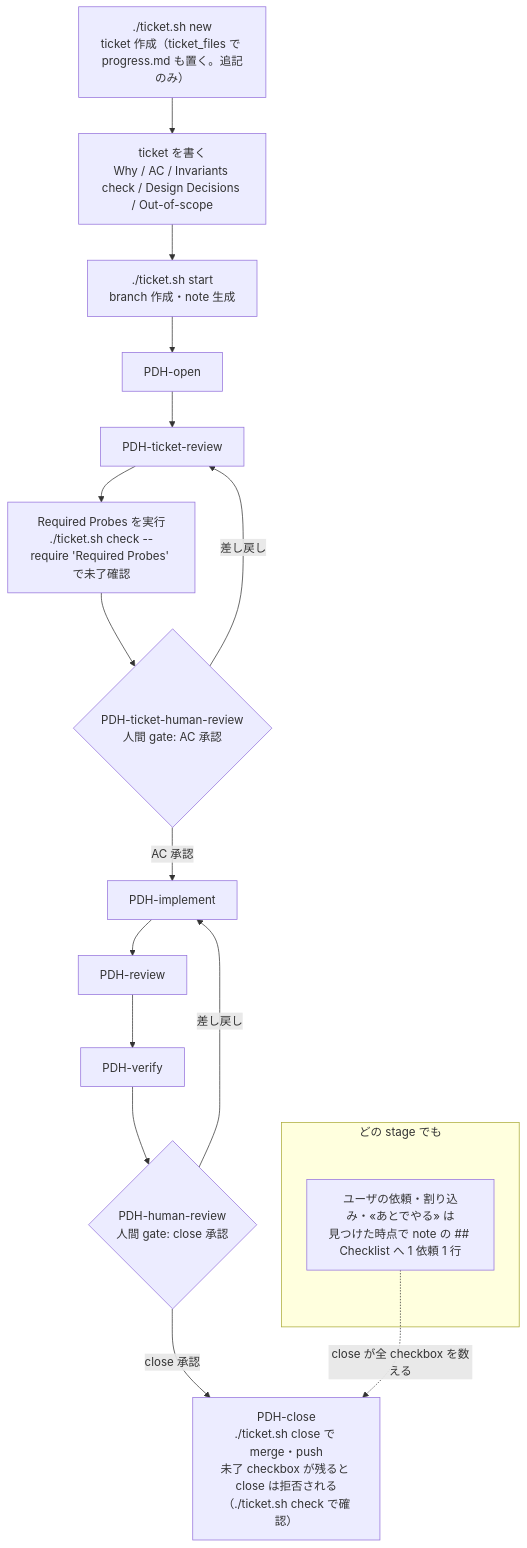
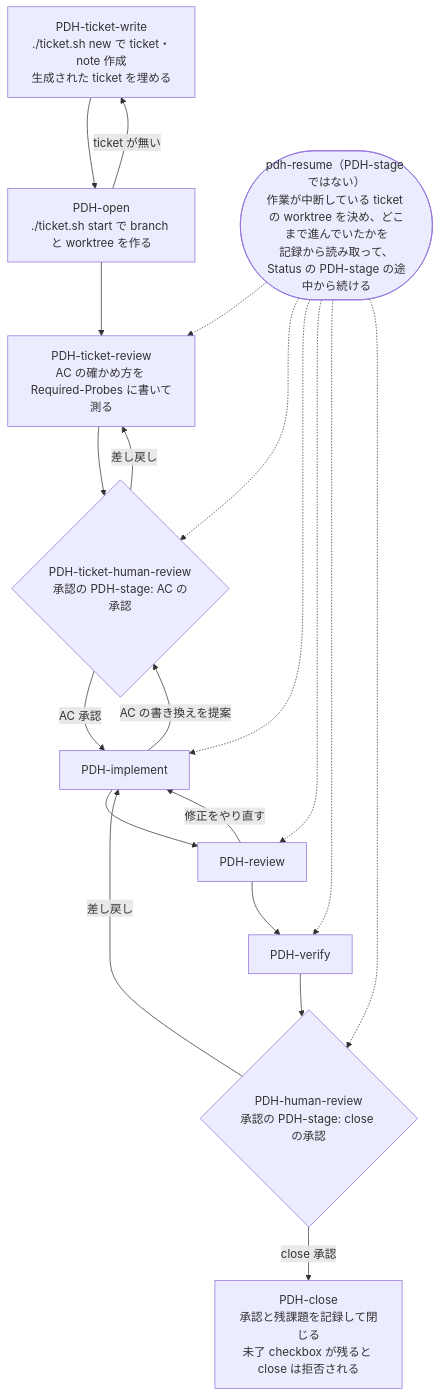
The diagram in docs/PDH-AGENTS.md (masuidrive/pdh), drawn with Mermaid before and after one commit. The commit also changed other lines of this file and 211 other files, not shown here.

First line of the commit message:
PDH: stage skill・worker・lock 配布を同期し中断再開と版管理を揃える

````diff
--- a/docs/PDH-AGENTS.md
+++ b/docs/PDH-AGENTS.md
@@ -7,20 +36,23 @@
 ```mermaid
 flowchart TD
-    new["./ticket.sh new<br/>ticket 作成（ticket_files で progress.md も置く。追記のみ）"] --> write["ticket を書く<br/>Why / AC / Invariants check / Design Decisions / Out-of-scope"]
-    write --> start["./ticket.sh start<br/>branch 作成・note 生成"]
-    start --> open[PDH-open]
-    open --> treview[PDH-ticket-review]
-    treview --> probes["Required Probes を実行<br/>./ticket.sh check --require 'Required Probes' で未了確認"]
-    probes --> tgate{"PDH-ticket-human-review<br/>人間 gate: AC 承認"}
+    write["PDH-ticket-write<br/>./ticket.sh new で ticket・note 作成<br/>生成された ticket を埋める"] --> open["PDH-open<br/>./ticket.sh start で branch と worktree を作る"]
+    open -- ticket が無い --> write
+    open --> treview["PDH-ticket-review<br/>AC の確かめ方を Required-Probes に書いて測る"]
+    treview --> tgate{"PDH-ticket-human-review<br/>承認の PDH-stage: AC の承認"}
     tgate -- 差し戻し --> treview
     tgate -- AC 承認 --> impl[PDH-implement]
     impl --> review[PDH-review]
+    impl -- AC の書き換えを提案 --> tgate
     review --> verify[PDH-verify]
-    verify --> hgate{"PDH-human-review<br/>人間 gate: close 承認"}
+    review -- 修正をやり直す --> impl
+    verify --> hgate{"PDH-human-review<br/>承認の PDH-stage: close の承認"}
     hgate -- 差し戻し --> impl
-    hgate -- close 承認 --> close["PDH-close<br/>./ticket.sh close で merge・push<br/>未了 checkbox が残ると close は拒否される（./ticket.sh check で確認）"]
-    subgraph anytime["どの stage でも"]
-      todo["ユーザの依頼・割り込み・«あとでやる» は<br/>見つけた時点で note の ## Checklist へ 1 依頼 1 行"]
-    end
-    todo -. close が全 checkbox を数える .-> close
+    hgate -- close 承認 --> close["PDH-close<br/>承認と残課題を記録して閉じる<br/>未了 checkbox が残ると close は拒否される"]
+    resume(["pdh-resume（PDH-stage ではない）<br/>作業が中断している ticket の worktree を決め、どこまで進んでいたかを<br/>記録から読み取って、Status の PDH-stage の途中から続ける"])
+    resume -.-> treview
+    resume -.-> tgate
+    resume -.-> impl
+    resume -.-> review
+    resume -.-> verify
+    resume -.-> hgate
 ```
````
